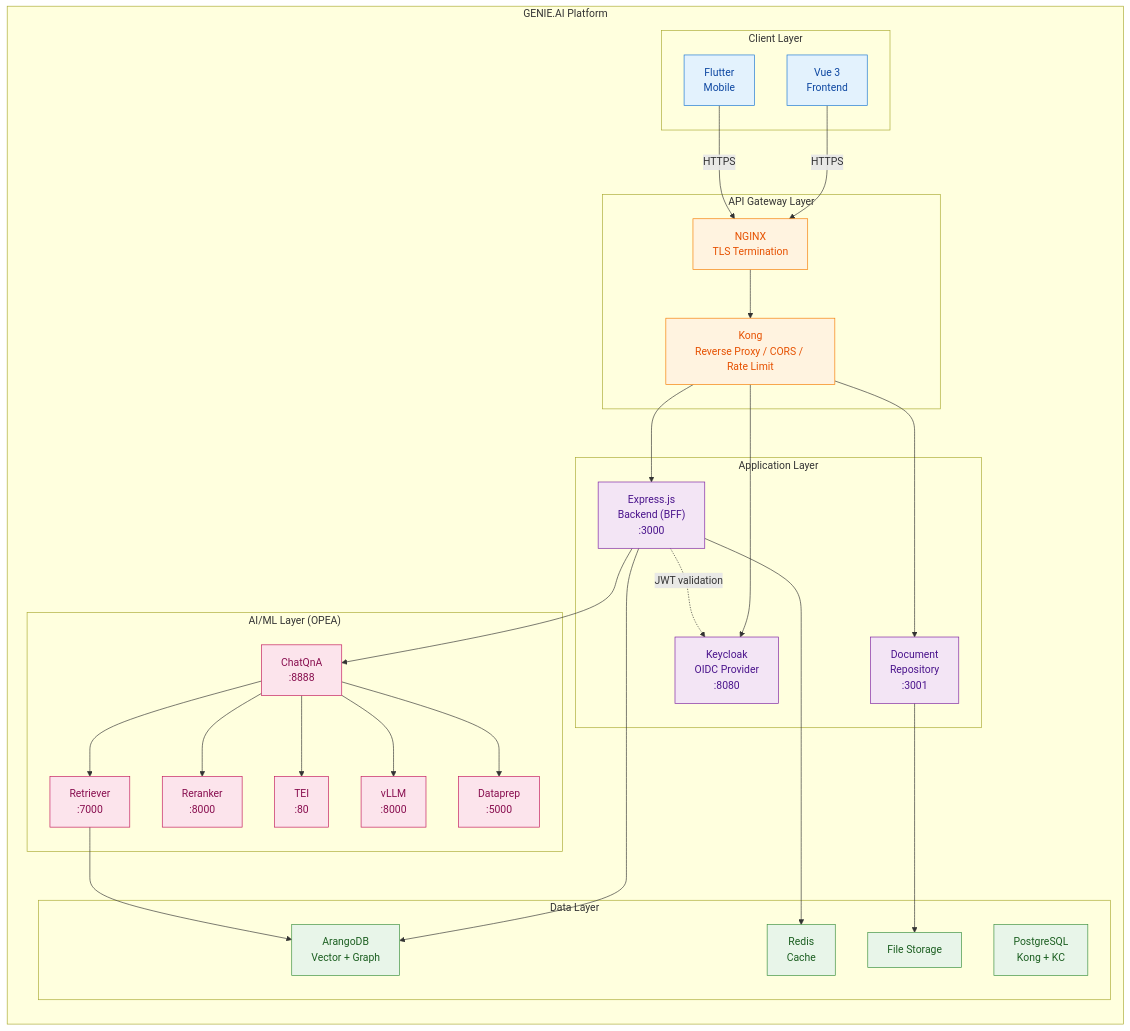
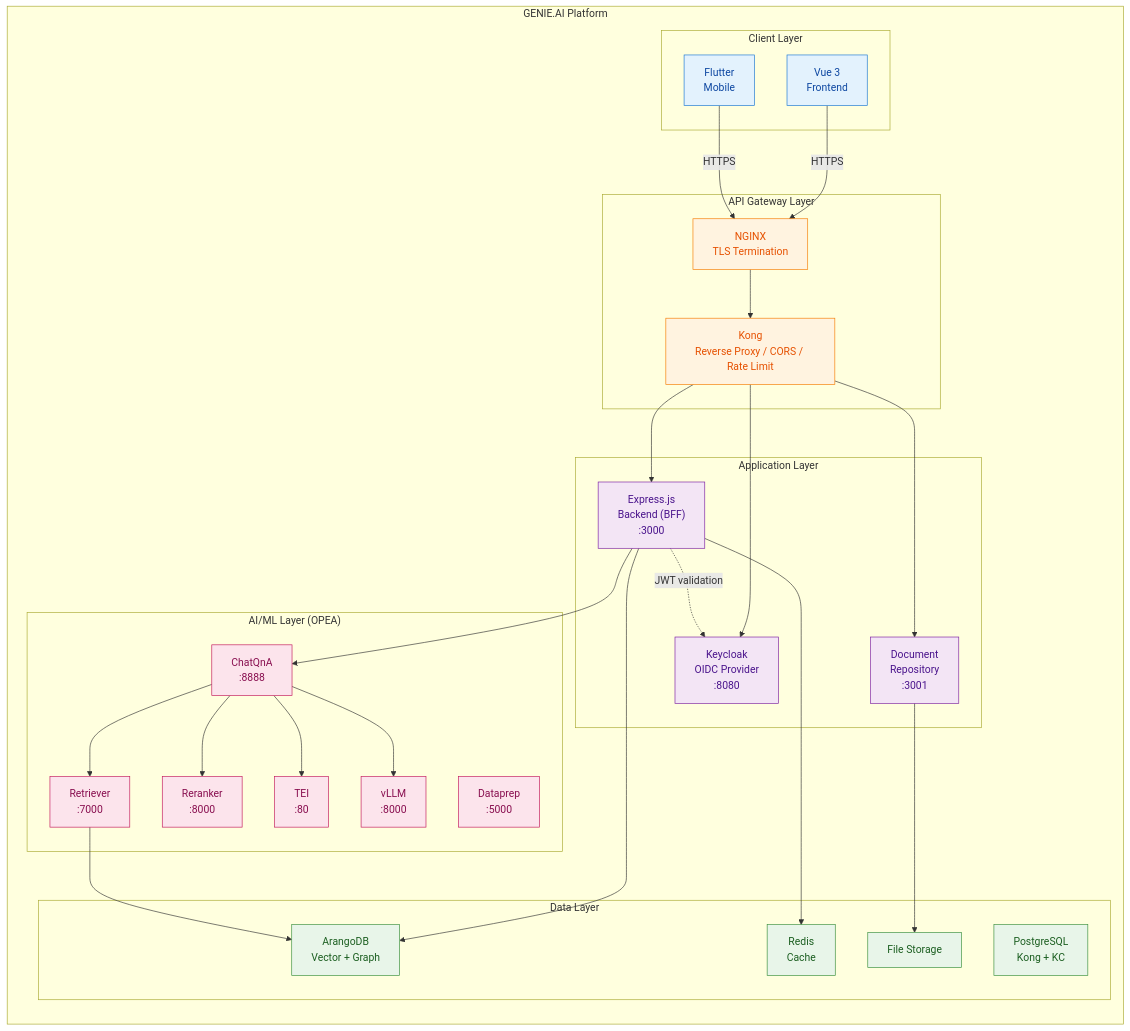
Before and after one commit to jrevillard/genie-ai-replica: the first of 7 diagrams in site/content/en/docs/core/integration-architecture.md, drawn with Mermaid. The commit also changed other lines of this file and 1 other file, not shown here.

First line of the commit message:
fix(docs): correct 3 Mermaid architecture errors found by Wave 69 audit

````diff
--- a/site/content/en/docs/core/integration-architecture.md
+++ b/site/content/en/docs/core/integration-architecture.md
@@ -43,68 +43,67 @@
 ```mermaid
 flowchart TB
     subgraph Platform["GENIE.AI Platform"]
         direction TB
 
         subgraph Clients["Client Layer"]
             Vue["Vue 3<br/>Frontend"]
             Flutter["Flutter<br/>Mobile"]
         end
 
         subgraph Gateway["API Gateway Layer"]
             Nginx["NGINX<br/>TLS Termination"]
             Kong["Kong<br/>Reverse Proxy / CORS / Rate Limit"]
             Nginx --> Kong
         end
 
         subgraph App["Application Layer"]
             Backend["Express.js<br/>Backend (BFF)<br/>:3000"]
             DocRepo["Document<br/>Repository<br/>:3001"]
             Keycloak["Keycloak<br/>OIDC Provider<br/>:8080"]
         end
 
         subgraph Data["Data Layer"]
             Arango["ArangoDB<br/>Vector + Graph"]
             Redis["Redis<br/>Cache"]
             Postgres["PostgreSQL<br/>Kong + KC"]
             Files["File Storage"]
         end
 
         subgraph AI["AI/ML Layer (OPEA)"]
             ChatQnA["ChatQnA<br/>:8888"]
             Retriever["Retriever<br/>:7000"]
             Reranker["Reranker<br/>:8000"]
             TEI["TEI<br/>:80"]
             VLLM["vLLM<br/>:8000"]
             Dataprep["Dataprep<br/>:5000"]
         end
 
         Vue -->|HTTPS| Nginx
         Flutter -->|HTTPS| Nginx
         Kong --> Backend
         Kong --> DocRepo
         Kong --> Keycloak
         Backend --> Arango
         Backend --> Redis
         Backend --> ChatQnA
         DocRepo --> Files
         ChatQnA --> Retriever
         ChatQnA --> Reranker
         ChatQnA --> TEI
         ChatQnA --> VLLM
-        ChatQnA --> Dataprep
         Retriever --> Arango
         Backend -. "JWT validation" .-> Keycloak
     end
 
     classDef client    fill:#e3f2fd,stroke:#1976d2,color:#0d47a1
     classDef gateway   fill:#fff3e0,stroke:#f57c00,color:#e65100
     classDef app       fill:#f3e5f5,stroke:#7b1fa2,color:#4a148c
     classDef data      fill:#e8f5e9,stroke:#388e3c,color:#1b5e20
     classDef ai        fill:#fce4ec,stroke:#c2185b,color:#880e4f
 
     class Vue,Flutter client
     class Nginx,Kong gateway
     class Backend,DocRepo,Keycloak app
     class Arango,Redis,Postgres,Files data
     class ChatQnA,Retriever,Reranker,TEI,VLLM,Dataprep ai
 ```
````
